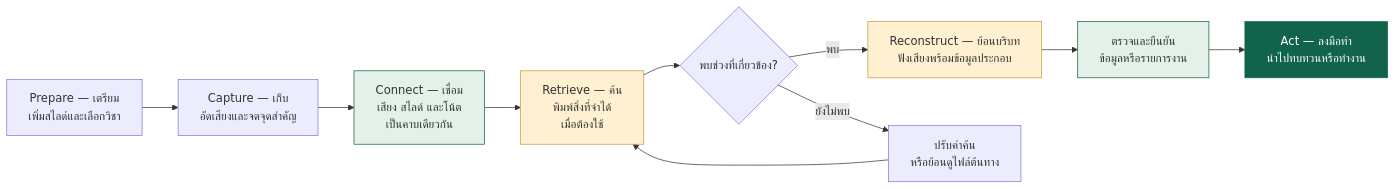
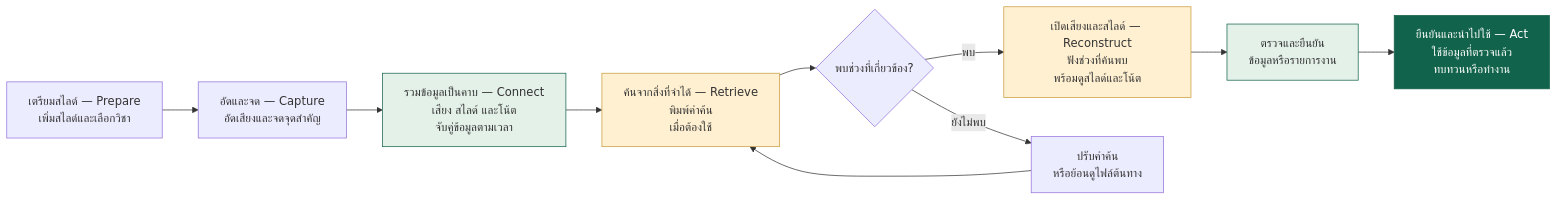
Before and after one commit to uhactuallyidk/sherlock-presentation-plan: the second of 2 diagrams in SHERLOCK_BEFORE_AFTER_DIAGRAMS_TH.md, drawn with Mermaid. The commit also changed other lines of this file and 1 other file, not shown here.

Commit message:
Clarify Sherlock slide copy and workflow diagrams

````diff
--- a/SHERLOCK_BEFORE_AFTER_DIAGRAMS_TH.md
+++ b/SHERLOCK_BEFORE_AFTER_DIAGRAMS_TH.md
@@ -55,17 +57,17 @@
 ```mermaid
 flowchart LR
-    A["Prepare — เตรียม<br/>เพิ่มสไลด์และเลือกวิชา"] --> B["Capture — เก็บ<br/>อัดเสียงและจดจุดสำคัญ"]
-    B --> C["Connect — เชื่อม<br/>เสียง สไลด์ และโน้ต<br/>เป็นคาบเดียวกัน"]
-    C --> D["Retrieve — ค้น<br/>พิมพ์สิ่งที่จำได้<br/>เมื่อต้องใช้"]
+    A["เตรียมสไลด์ — Prepare<br/>เพิ่มสไลด์และเลือกวิชา"] --> B["อัดและจด — Capture<br/>อัดเสียงและจดจุดสำคัญ"]
+    B --> C["รวมข้อมูลเป็นคาบ — Connect<br/>เสียง สไลด์ และโน้ต<br/>จับคู่ข้อมูลตามเวลา"]
+    C --> D["ค้นจากสิ่งที่จำได้ — Retrieve<br/>พิมพ์คำค้น<br/>เมื่อต้องใช้"]
     D --> E{"พบช่วงที่เกี่ยวข้อง?"}
-    E -->|"พบ"| F["Reconstruct — ย้อนบริบท<br/>ฟังเสียงพร้อมข้อมูลประกอบ"]
+    E -->|"พบ"| F["เปิดเสียงและสไลด์ — Reconstruct<br/>ฟังช่วงที่ค้นพบ<br/>พร้อมดูสไลด์และโน้ต"]
     F --> G["ตรวจและยืนยัน<br/>ข้อมูลหรือรายการงาน"]
-    G --> H["Act — ลงมือทำ<br/>นำไปทบทวนหรือทำงาน"]
+    G --> H["ยืนยันและนำไปใช้ — Act<br/>ใช้ข้อมูลที่ตรวจแล้ว<br/>ทบทวนหรือทำงาน"]
     E -->|"ยังไม่พบ"| I["ปรับคำค้น<br/>หรือย้อนดูไฟล์ต้นทาง"]
     I --> D
     style C fill:#e4f1e9,stroke:#12634b
     style D fill:#fff0d1,stroke:#c99b3c
     style F fill:#fff0d1,stroke:#c99b3c
     style G fill:#e4f1e9,stroke:#12634b
     style H fill:#12634b,stroke:#12634b,color:#ffffff
 ```
````
